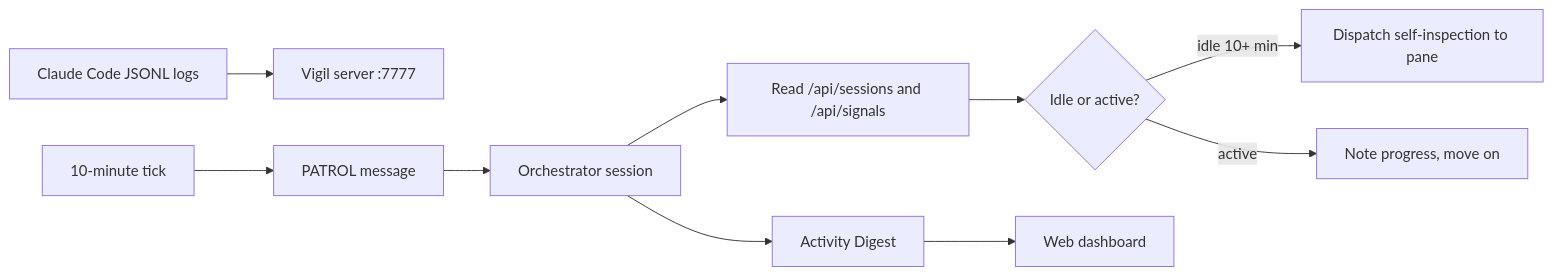
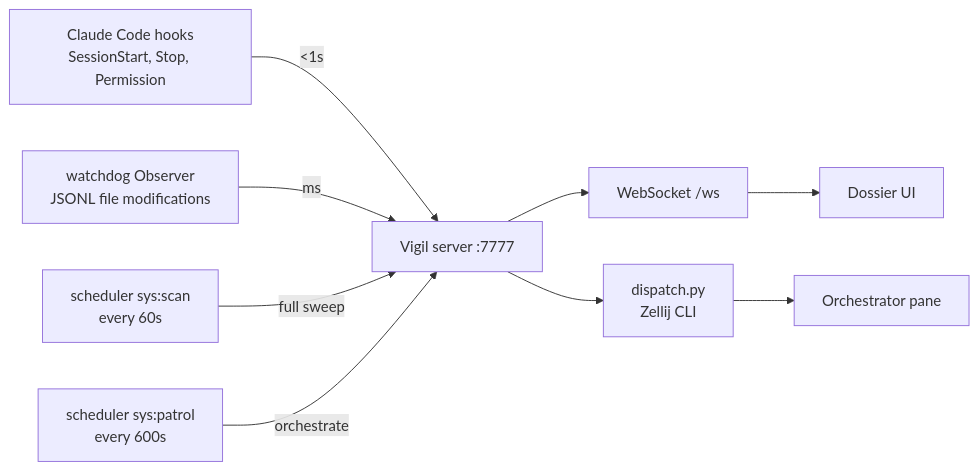
One commit to shuaiyy-ux/Personal_Web changed the diagram in content/projects/vigil.md. Above: the diagram before and after it, drawn with Mermaid. The commit also changed other lines of this file and 5 other files, not shown here.

````diff
--- a/content/projects/vigil.md
+++ b/content/projects/vigil.md
@@ -8,12 +91,11 @@
 ```mermaid
 flowchart LR
-  JSONL[Claude Code JSONL logs] --> Vigil[Vigil server :7777]
-  Cron[10-minute tick] --> Patrol[PATROL message]
-  Patrol --> Orchestrator[Orchestrator session]
-  Orchestrator --> Read[Read /api/sessions and /api/signals]
-  Read --> Decide{Idle or active?}
-  Decide -->|idle 10+ min| Inspect[Dispatch self-inspection to pane]
-  Decide -->|active| Skip[Note progress, move on]
-  Orchestrator --> Digest[Activity Digest]
-  Digest --> Web[Web dashboard]
+  Hooks[Claude Code hooks<br/>SessionStart, Stop, Permission] -->|<1s| Server[Vigil server :7777]
+  Watch[watchdog Observer<br/>JSONL file modifications] -->|ms| Server
+  Scan[scheduler sys:scan<br/>every 60s] -->|full sweep| Server
+  Patrol[scheduler sys:patrol<br/>every 600s] -->|orchestrate| Server
+  Server --> WS[WebSocket /ws]
+  Server --> Disp[dispatch.py<br/>Zellij CLI]
+  Disp --> Orch[Orchestrator pane]
+  WS --> UI[Dossier UI]
 ```
````
